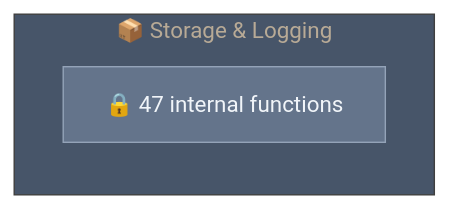
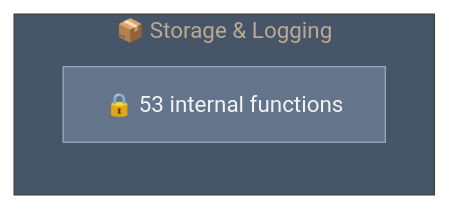
One commit to Ansh-dhanani/mikk changed the diagram in .mikk/diagrams/capsules/packages-core-parser.mmd. Above: the diagram before and after it, drawn with Mermaid. The commit also changed 122 other files, not shown here.

```diff
--- a/.mikk/diagrams/capsules/packages-core-parser.mmd
+++ b/.mikk/diagrams/capsules/packages-core-parser.mmd
@@ -1,12 +1,12 @@
 %%{init: {"theme": "base", "themeVariables": {"primaryColor": "#1e293b", "primaryTextColor": "#e2e8f0", "lineColor": "#64748b", "secondaryColor": "#334155", "tertiaryColor": "#475569", "background": "#0f172a", "mainBkg": "#1e293b", "nodeBorder": "#475569"}}}%%
 graph LR
 
     subgraph packages_core_parser["📦 Storage & Logging"]
         direction TB
-        internal["🔒 47 internal functions"]
+        internal["🔒 53 internal functions"]
     end
 
 
     classDef publicApi fill:#22c55e,stroke:#4ade80,color:#f0fdf4
     classDef internalApi fill:#64748b,stroke:#94a3b8,color:#f1f5f9
     class internal internalApi
```
